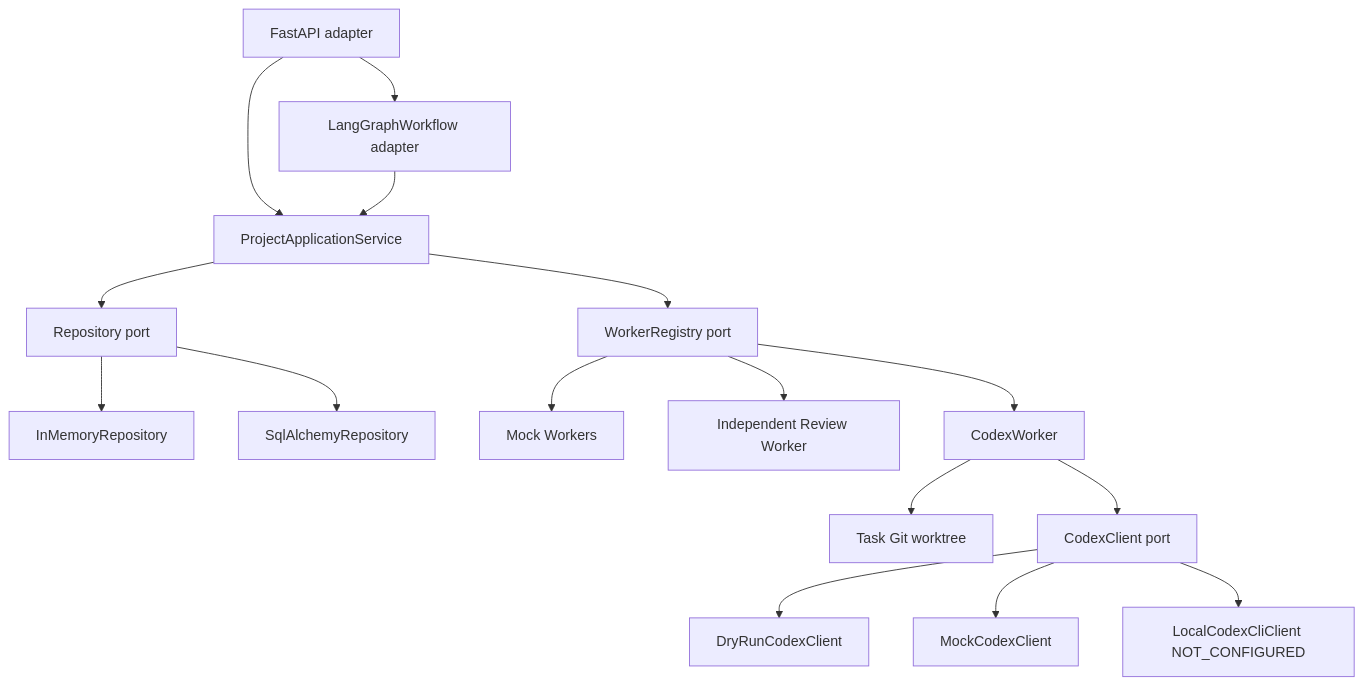
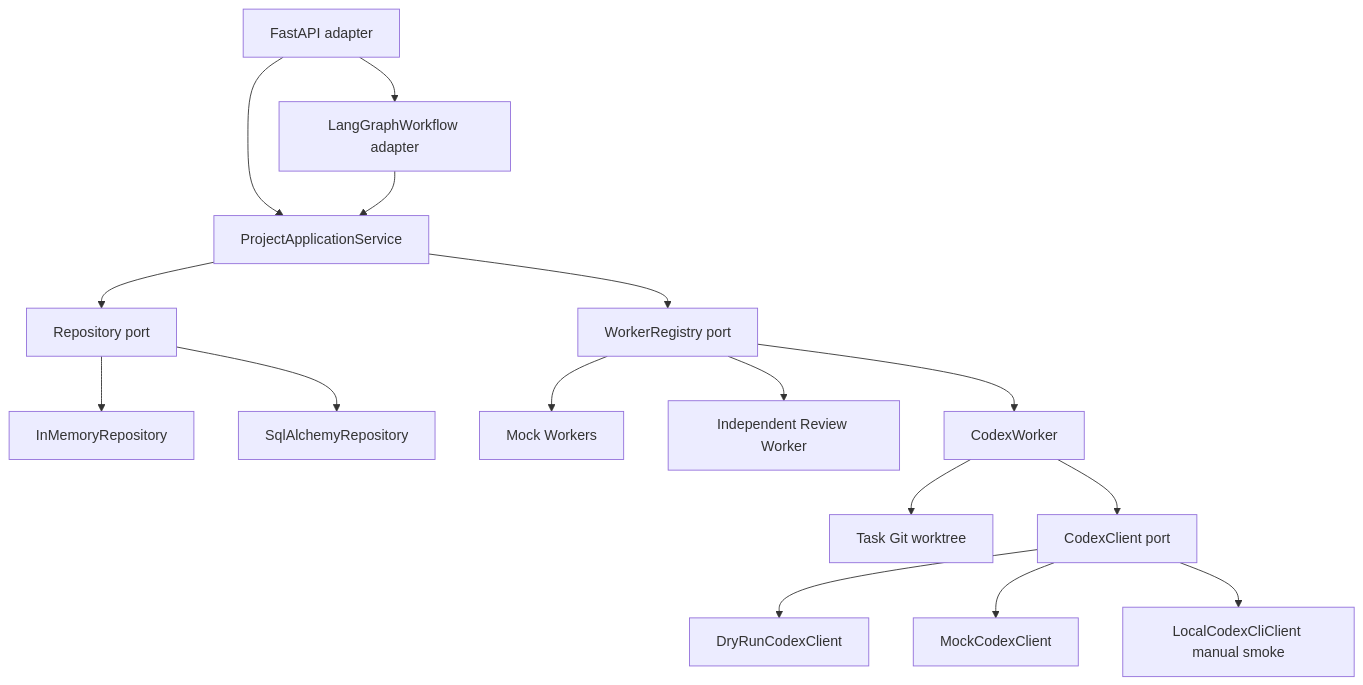
One commit to bjdnm1377/AIOrganization changed the diagram in docs/ARCHITECTURE_OVERVIEW.md. Above: the diagram before and after it, drawn with Mermaid. The commit also changed other lines of this file and 24 other files, not shown here.

Commit message:
Add controlled real Codex smoke path

````diff
--- a/docs/ARCHITECTURE_OVERVIEW.md
+++ b/docs/ARCHITECTURE_OVERVIEW.md
@@ -32,18 +33,18 @@
 ```mermaid
 flowchart TD
     API["FastAPI adapter"] --> App["ProjectApplicationService"]
     API --> LG["LangGraphWorkflow adapter"]
     LG --> App
     App --> Repo["Repository port"]
     App --> Workers["WorkerRegistry port"]
     Repo --> Memory["InMemoryRepository"]
     Repo --> PG["SqlAlchemyRepository"]
     Workers --> Mock["Mock Workers"]
     Workers --> Review["Independent Review Worker"]
     Workers --> Codex["CodexWorker"]
     Codex --> Worktree["Task Git worktree"]
     Codex --> Client["CodexClient port"]
     Client --> DryRun["DryRunCodexClient"]
     Client --> MockCodex["MockCodexClient"]
-    Client --> LocalStub["LocalCodexCliClient NOT_CONFIGURED"]
+    Client --> LocalCli["LocalCodexCliClient manual smoke"]
 ```
````
